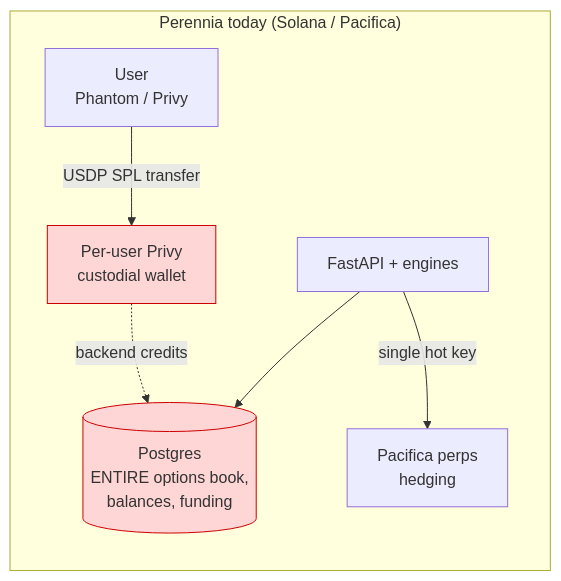
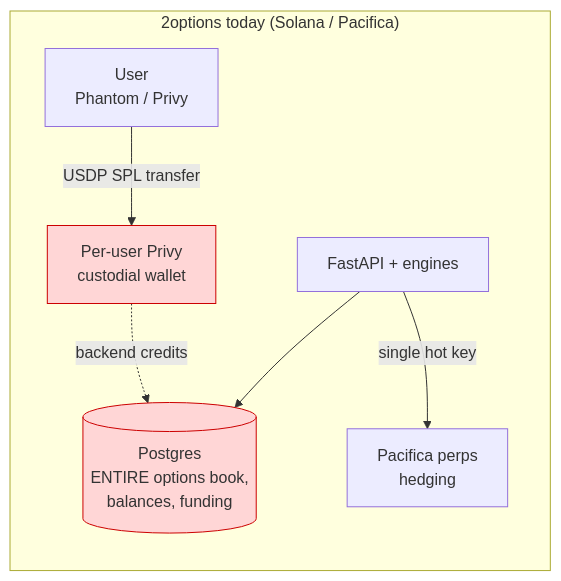
Before and after one commit to Aditya-dom/2options: the first of 12 diagrams in NEAR_HACKATHON_PLAN.md, drawn with Mermaid. The commit also changed other lines of this file and 82 other files, not shown here.

````diff
--- a/NEAR_HACKATHON_PLAN.md
+++ b/NEAR_HACKATHON_PLAN.md
@@ -51,11 +51,11 @@
 ```mermaid
 flowchart LR
-    subgraph Today["Perennia today (Solana / Pacifica)"]
+    subgraph Today["2options today (Solana / Pacifica)"]
         U[User<br/>Phantom / Privy] -->|USDP SPL transfer| CW[Per-user Privy<br/>custodial wallet]
         CW -.->|backend credits| PG[(Postgres<br/>ENTIRE options book,<br/>balances, funding)]
         API[FastAPI + engines] --> PG
         API -->|single hot key| PAC[Pacifica perps<br/>hedging]
     end
     style PG fill:#ffd6d6,stroke:#c00
     style CW fill:#ffd6d6,stroke:#c00
 ```
````
